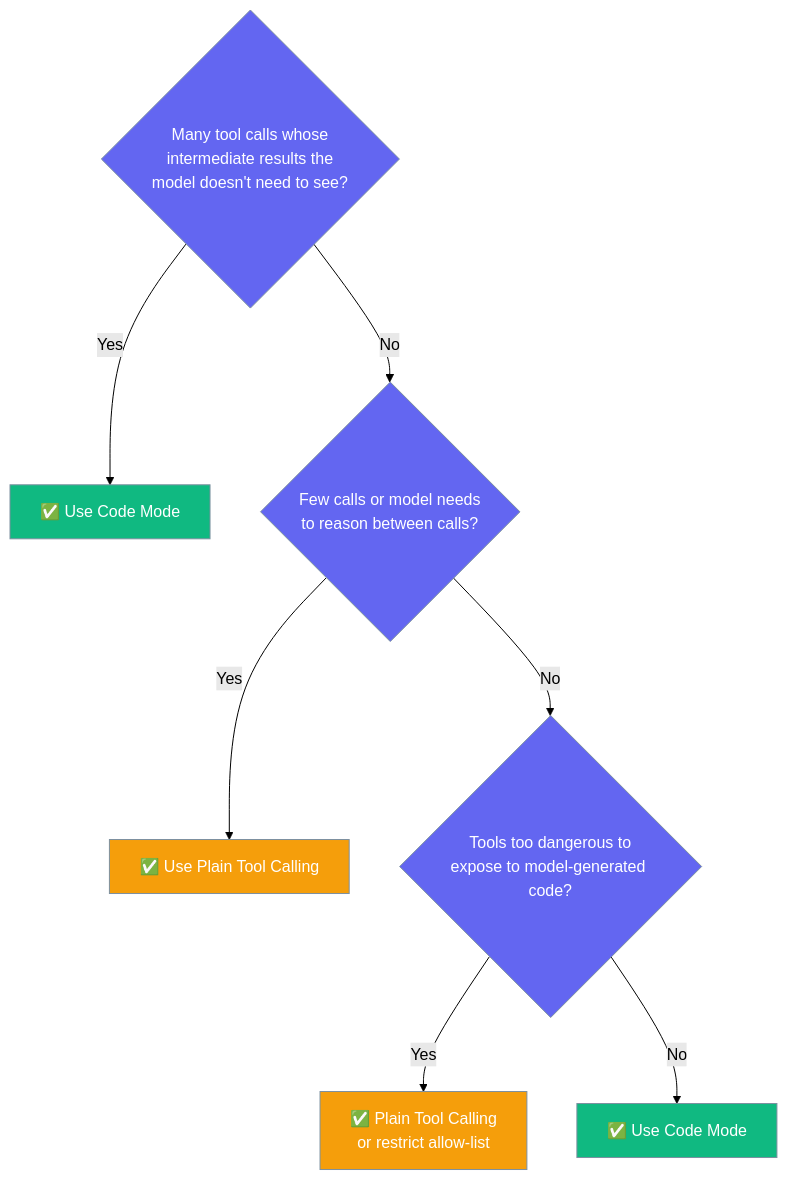
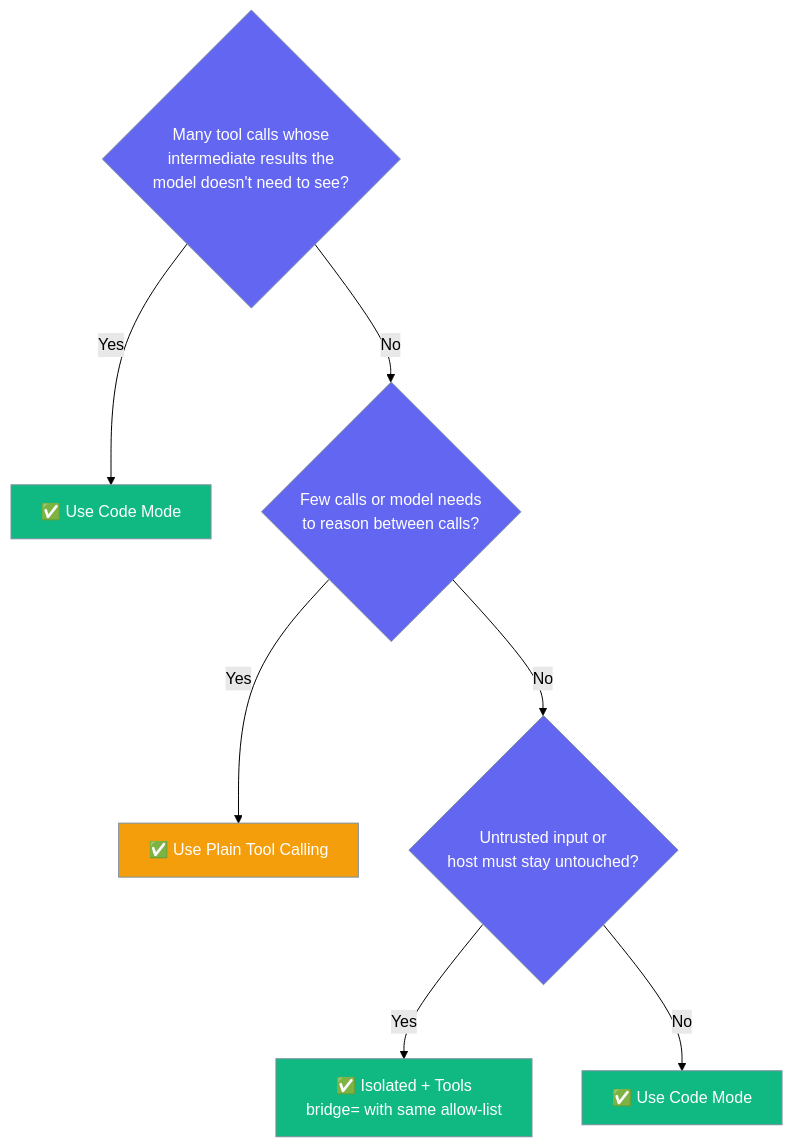
One commit to MervinPraison/PraisonAIDocs changed the fourth of 5 diagrams in docs/features/code-execution-with-tools.mdx. Above: the diagram before and after it, drawn with Mermaid (forest theme). The commit also changed other lines of this file and 1 other file, not shown here.

Commit message:
docs: document isolated code + tool bridge (CodeToolBridge / execute_code_with_tools bridge=) (fixes #2458)

````diff
--- a/docs/features/code-execution-with-tools.mdx
+++ b/docs/features/code-execution-with-tools.mdx
@@ -189,18 +189,18 @@
 ```mermaid
 graph TB
     Q1{Many tool calls whose<br/>intermediate results the<br/>model doesn't need to see?}
     Q1 -->|Yes| CM[✅ Use Code Mode]
     Q1 -->|No| Q2{Few calls or model needs<br/>to reason between calls?}
     Q2 -->|Yes| PT[✅ Use Plain Tool Calling]
-    Q2 -->|No| Q3{Tools too dangerous to<br/>expose to model-generated code?}
-    Q3 -->|Yes| PT2[✅ Plain Tool Calling<br/>or restrict allow-list]
+    Q2 -->|No| Q3{Untrusted input or<br/>host must stay untouched?}
+    Q3 -->|Yes| BR[✅ Isolated + Tools<br/>bridge= with same allow-list]
     Q3 -->|No| CM2[✅ Use Code Mode]
 
     classDef yes fill:#10B981,stroke:#7C90A0,color:#fff
     classDef no fill:#F59E0B,stroke:#7C90A0,color:#fff
     classDef q fill:#6366F1,stroke:#7C90A0,color:#fff
 
-    class CM,CM2 yes
-    class PT,PT2 no
+    class CM,CM2,BR yes
+    class PT no
     class Q1,Q2,Q3 q
 ```
````
